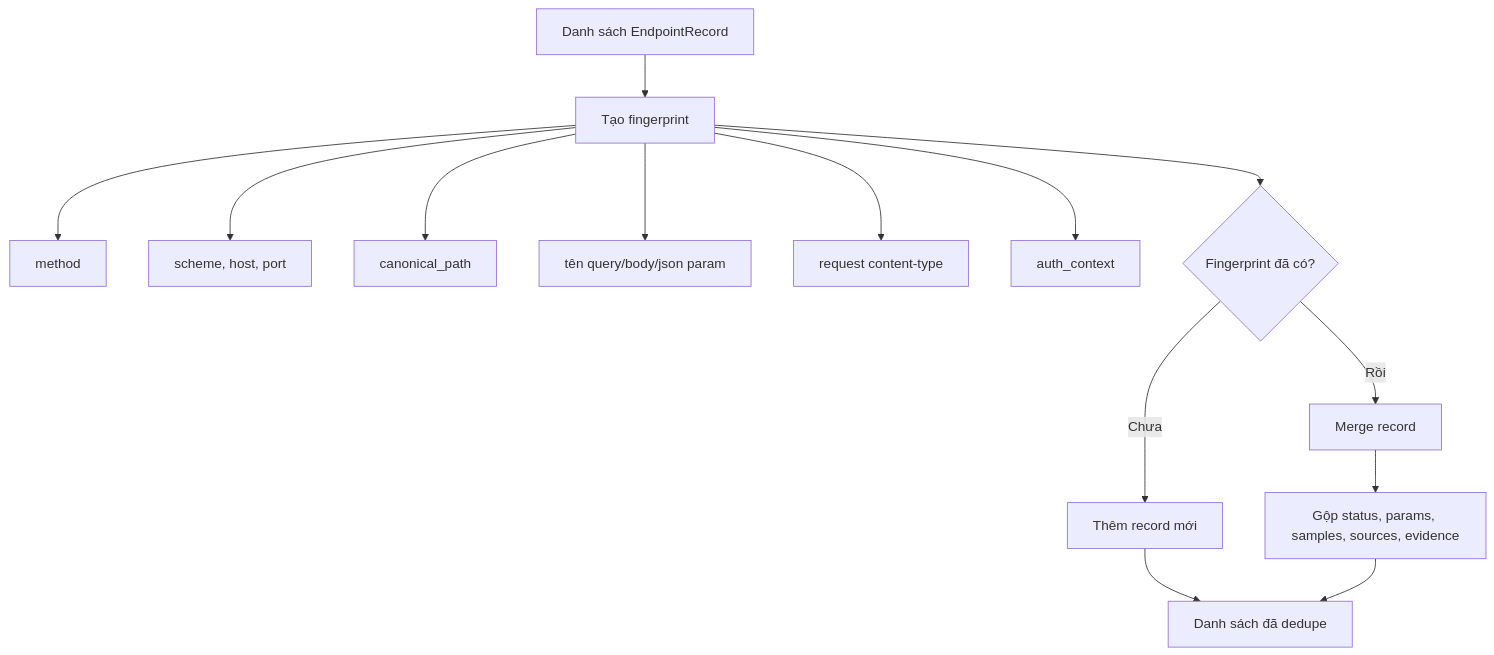
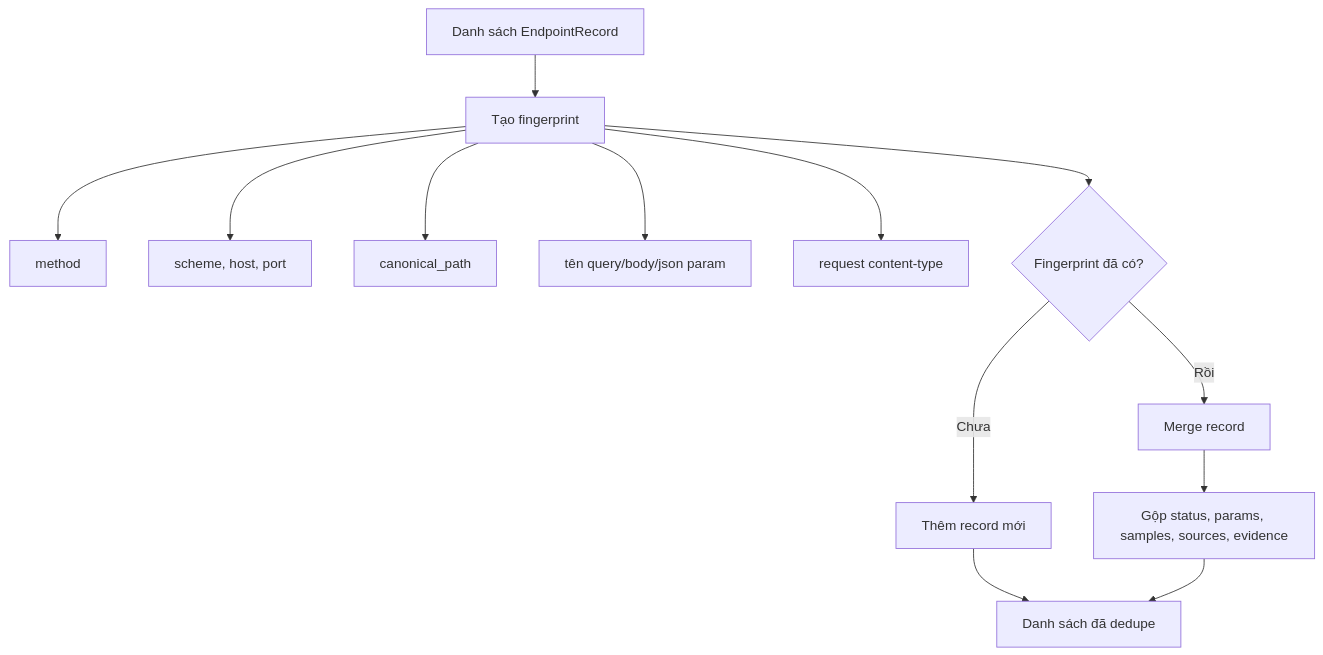
The sixth of 8 diagrams in recontool/RECON_FLOW.md (penguino7/toolkiemthu), drawn with Mermaid before and after one commit. The commit also changed other lines of this file and 17 other files, not shown here.

````diff
--- a/recontool/RECON_FLOW.md
+++ b/recontool/RECON_FLOW.md
@@ -115,17 +108,16 @@
 ```mermaid
 flowchart TD
     A[Danh sách EndpointRecord] --> B[Tạo fingerprint]
     B --> C[method]
     B --> D[scheme, host, port]
     B --> E[canonical_path]
     B --> F[tên query/body/json param]
     B --> G[request content-type]
-    B --> H[auth_context]
 
     B --> I{Fingerprint đã có?}
     I -->|Chưa| J[Thêm record mới]
     I -->|Rồi| K[Merge record]
     K --> L[Gộp status, params, samples, sources, evidence]
     J --> M[Danh sách đã dedupe]
     L --> M
 ```
````
